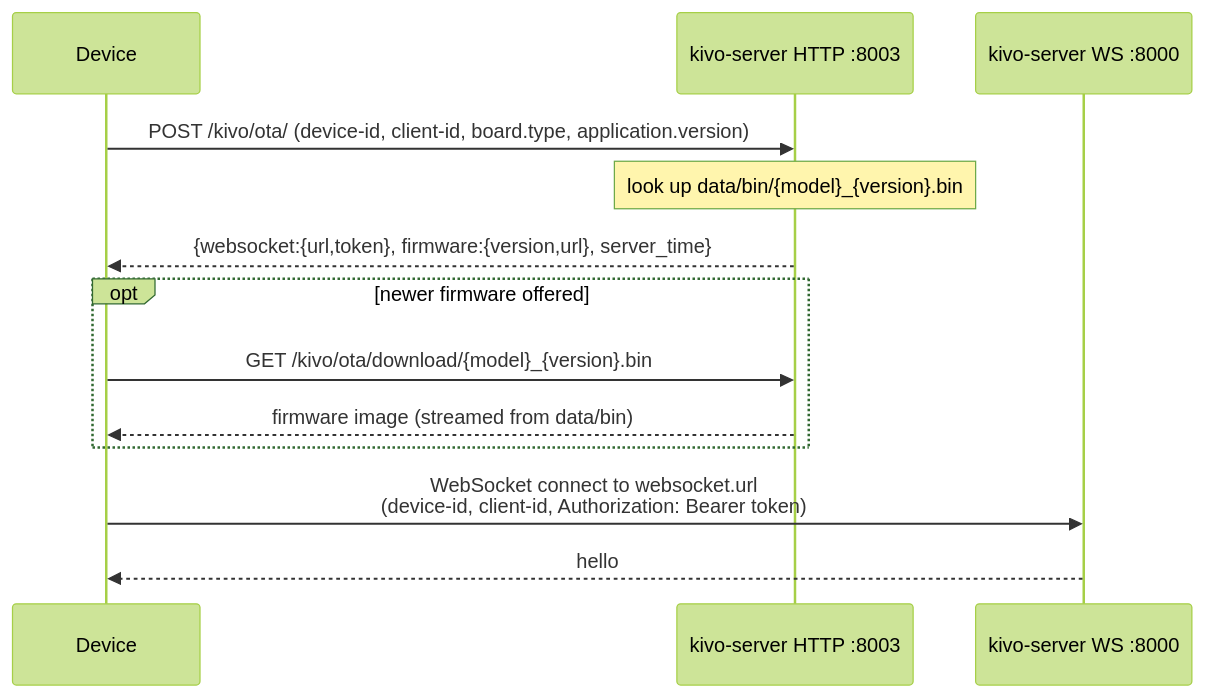
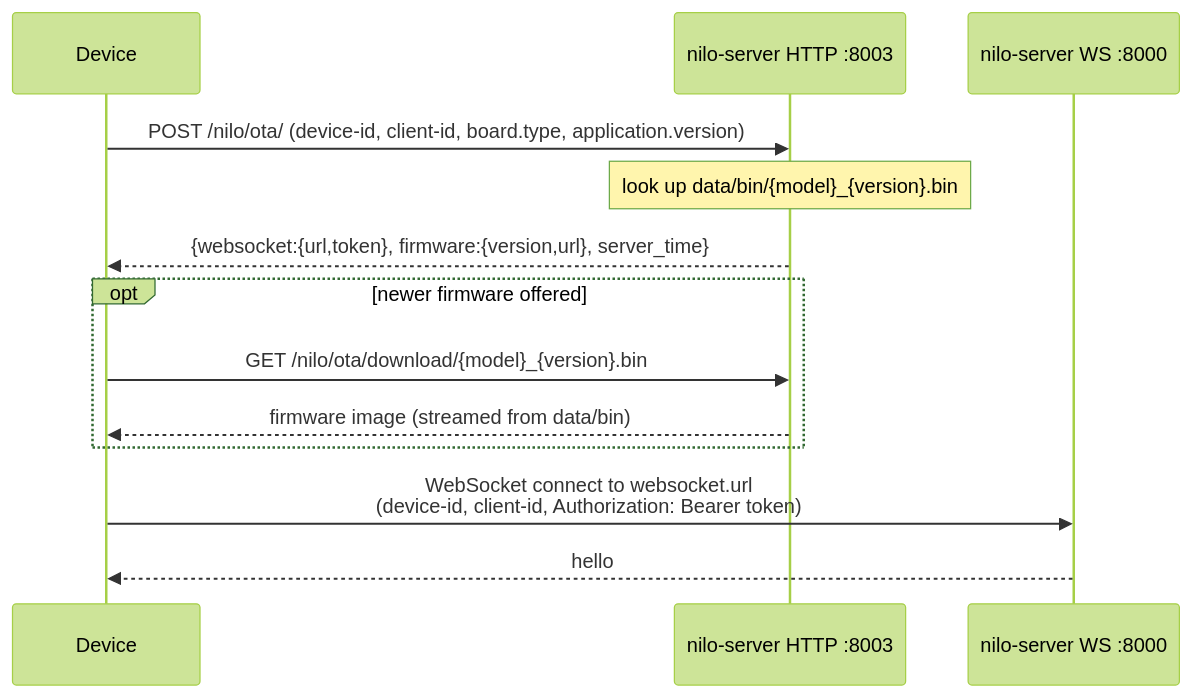
The diagram in docs/deployment.md (AA-Box/Nilo), drawn with Mermaid (forest theme) before and after one commit. The commit also changed other lines of this file and 307 other files, not shown here.

First line of the commit message:
refactor!: rename to Nilo and remove the upstream device endpoints

````diff
--- a/docs/deployment.md
+++ b/docs/deployment.md
@@ -223,15 +228,15 @@
 ```mermaid
 sequenceDiagram
     participant D as Device
-    participant H as kivo-server HTTP :8003
-    participant W as kivo-server WS :8000
-    D->>H: POST /kivo/ota/ (device-id, client-id, board.type, application.version)
+    participant H as nilo-server HTTP :8003
+    participant W as nilo-server WS :8000
+    D->>H: POST /nilo/ota/ (device-id, client-id, board.type, application.version)
     Note over H: look up data/bin/{model}_{version}.bin
     H-->>D: {websocket:{url,token}, firmware:{version,url}, server_time}
     opt newer firmware offered
-        D->>H: GET /kivo/ota/download/{model}_{version}.bin
+        D->>H: GET /nilo/ota/download/{model}_{version}.bin
         H-->>D: firmware image (streamed from data/bin)
     end
     D->>W: WebSocket connect to websocket.url<br/>(device-id, client-id, Authorization: Bearer token)
     W-->>D: hello
 ```
````
